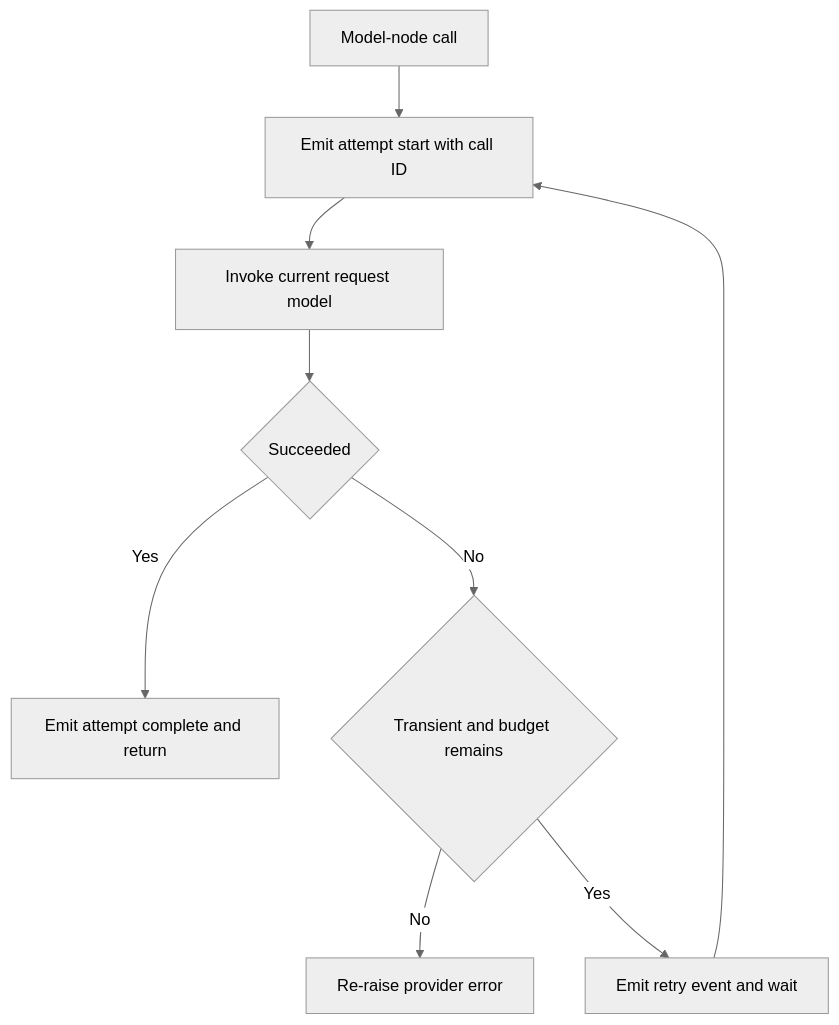
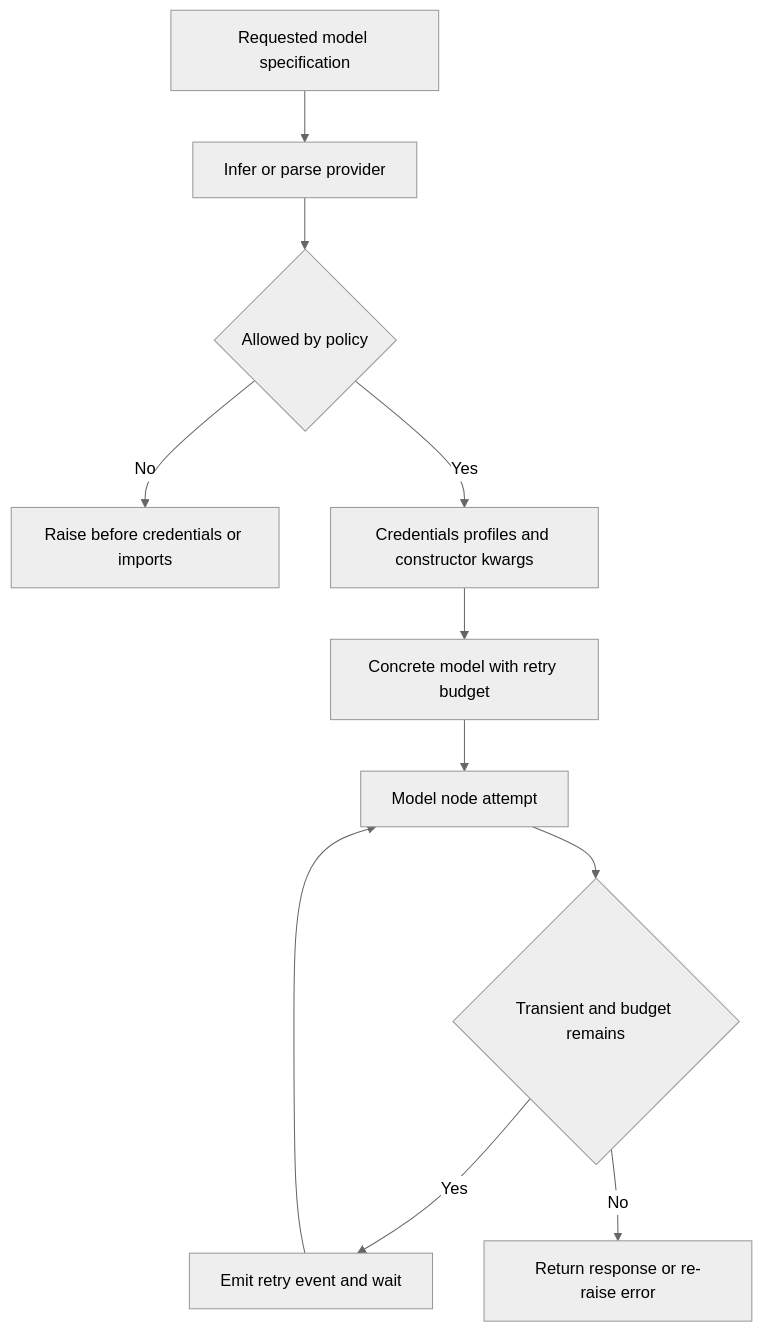
Before and after one commit to langchain-ai/deepagents: the second of 3 diagrams in openwiki/concepts/profiles-models.md, drawn with Mermaid (neutral theme). The commit also changed other lines of this file and 37 other files, not shown here.

````diff
--- a/openwiki/concepts/profiles-models.md
+++ b/openwiki/concepts/profiles-models.md
@@ -180,11 +98,13 @@
 ```mermaid
 flowchart TD
-    Call["Model-node call"] --> Start["Emit attempt start with call ID"]
-    Start --> Invoke["Invoke current request model"]
-    Invoke --> Success{"Succeeded"}
-    Success -->|Yes| Complete["Emit attempt complete and return"]
-    Success -->|No| Classify{"Transient and budget remains"}
-    Classify -->|No| Raise["Re-raise provider error"]
-    Classify -->|Yes| Delay["Emit retry event and wait"]
-    Delay --> Start
+    Requested["Requested model specification"] --> Infer["Infer or parse provider"]
+    Infer --> Allowed{"Allowed by policy"}
+    Allowed -->|No| Denied["Raise before credentials or imports"]
+    Allowed -->|Yes| Construct["Credentials profiles and constructor kwargs"]
+    Construct --> Selected["Concrete model with retry budget"]
+    Selected --> Attempt["Model node attempt"]
+    Attempt --> Transient{"Transient and budget remains"}
+    Transient -->|Yes| Retry["Emit retry event and wait"]
+    Retry --> Attempt
+    Transient -->|No| Terminal["Return response or re-raise error"]
 ```
````
